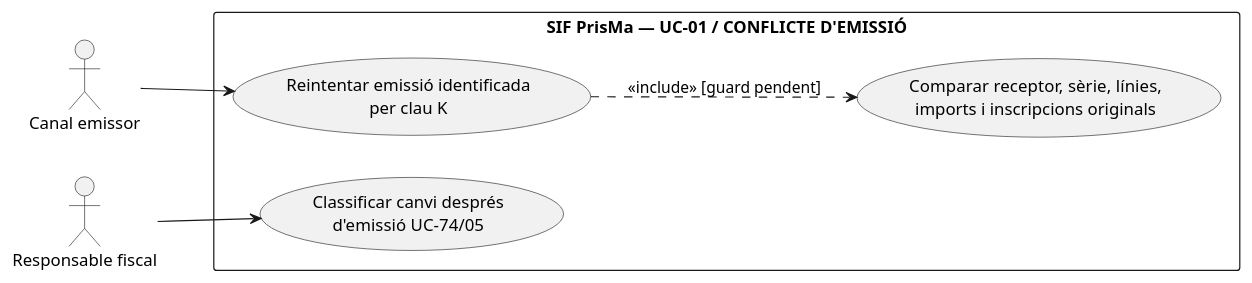
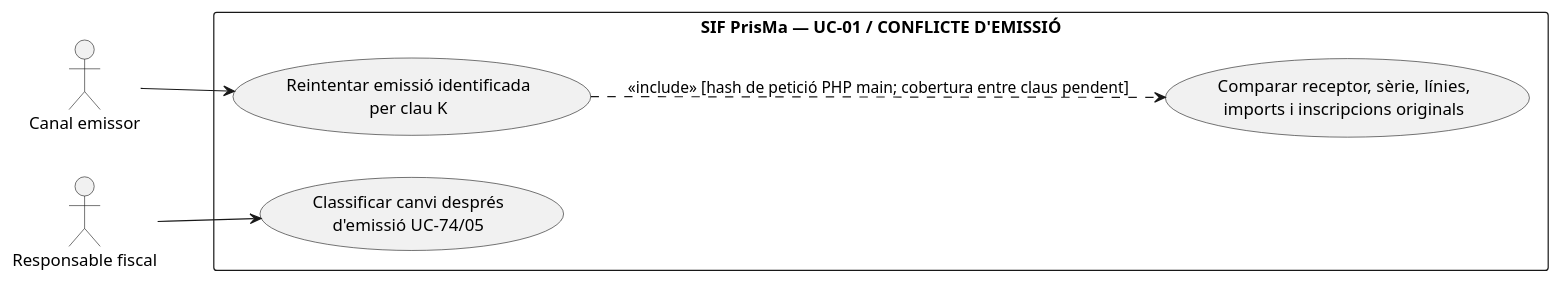
The eighth of 10 diagrams in documentacio/07-uml-integrat/uc-001-emetre-o-reutilitzar-factura.md (orgmeriemprismacat-del/verifactu), drawn with PlantUML before and after one commit. The commit also changed other lines of this file, not shown here.

Commit message:
docs(uml): UC-01 elimina contradiccions del reús i alinea diagrames/proves amb hash complet de main

````diff
--- a/documentacio/07-uml-integrat/uc-001-emetre-o-reutilitzar-factura.md
+++ b/documentacio/07-uml-integrat/uc-001-emetre-o-reutilitzar-factura.md
@@ -331,15 +331,15 @@
 ```plantuml
 @startuml
 left to right direction
 actor "Canal emissor" as C
 actor "Responsable fiscal" as R
 rectangle "SIF PrisMa — UC-01 / CONFLICTE D'EMISSIÓ" {
  usecase "Reintentar emissió identificada\nper clau K" as Retry
  usecase "Comparar receptor, sèrie, línies,\nimports i inscripcions originals" as Compare
  usecase "Classificar canvi després\nd'emissió UC-74/05" as Fix
 }
 C --> Retry
-Retry ..> Compare : <<include>> [guard pendent]
+Retry ..> Compare : <<include>> [hash de petició PHP main; cobertura entre claus pendent]
 R --> Fix
 @enduml
 ```
````
